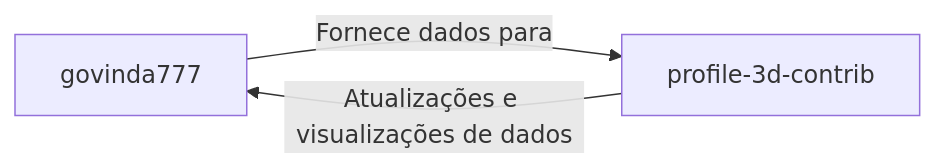
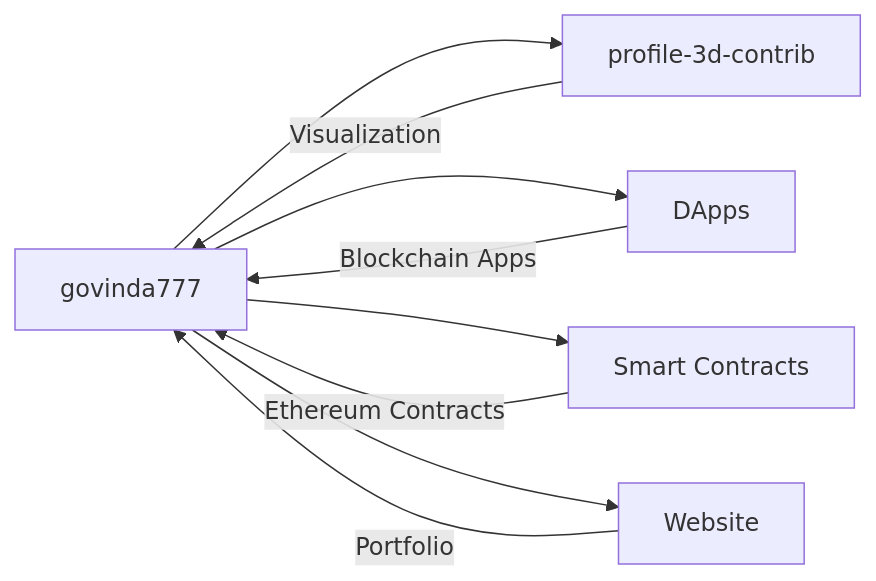
The fourth of 6 diagrams in DASHBOARD.md (govinda777/govinda777), drawn with Mermaid before and after one commit. The commit also changed other lines of this file and 1 other file, not shown here.

````diff
--- a/DASHBOARD.md
+++ b/DASHBOARD.md
@@ -51,7 +85,18 @@
 ```mermaid
 flowchart LR
     G[govinda777]
     P[profile-3d-contrib]
-    G -- "Fornece dados para" --> P
-    P -- "Atualizações e visualizações de dados" --> G
+    D[DApps]
+    S[Smart Contracts]
+    W[Website]
+    
+    G --> P
+    G --> D
+    G --> S
+    G --> W
+    
+    P -- "Visualization" --> G
+    D -- "Blockchain Apps" --> G
+    S -- "Ethereum Contracts" --> G
+    W -- "Portfolio" --> G
 ```
````
